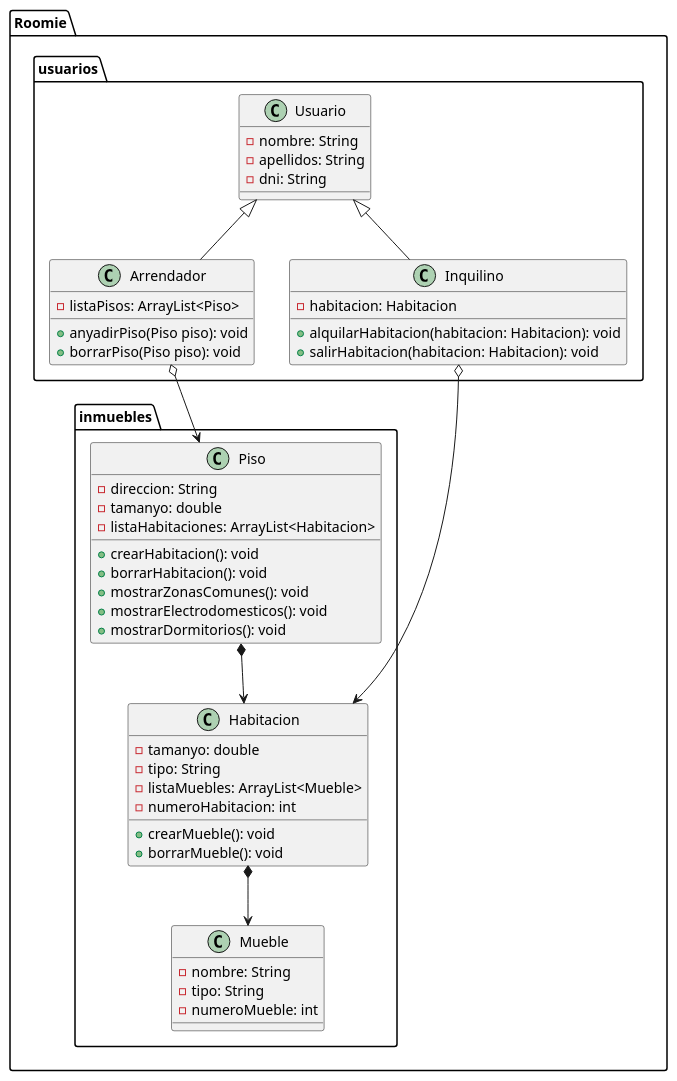
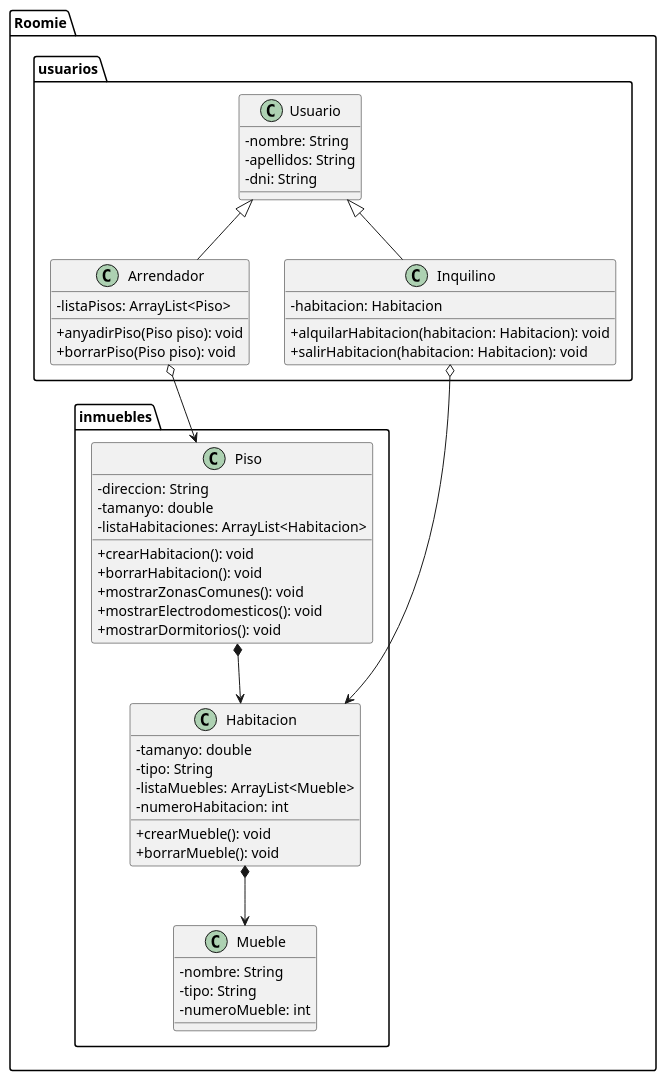
Before and after one commit to Smeagol-chan/Proyecto_Intermodular_1DAM: the diagram in Programacion/src/main/java/org/example/DiagramaDeClases.puml, drawn with PlantUML. The commit also changed 2 other files, not shown here.

Commit message:
Mostrar '+' y '-' en el diagrama de clases

```diff
--- a/Programacion/src/main/java/org/example/DiagramaDeClases.puml
+++ b/Programacion/src/main/java/org/example/DiagramaDeClases.puml
@@ -1,69 +1,71 @@
 @startuml
+ skinparam classAttributeIconSize 0
+
 package "Roomie"
 {
     package "usuarios"
     {
         Class Usuario
         {
             - nombre: String
             - apellidos: String
             - dni: String
         }
 
         Class Arrendador extends Usuario
         {
             - listaPisos: ArrayList<Piso>
 
             + anyadirPiso(Piso piso): void
             + borrarPiso(Piso piso): void
         }
 
         Class Inquilino extends Usuario
         {
             - habitacion: Habitacion
 
             + alquilarHabitacion(habitacion: Habitacion): void
             + salirHabitacion(habitacion: Habitacion): void
         }
     }
 
     package "inmuebles"
     {
         Class Habitacion
         {
             - tamanyo: double
             - tipo: String
             - listaMuebles: ArrayList<Mueble>
             - numeroHabitacion: int
 
             + crearMueble(): void
             + borrarMueble(): void
         }
 
         Class Mueble
         {
             - nombre: String
             - tipo: String
             - numeroMueble: int
         }
 
         Class Piso
         {
             - direccion: String
             - tamanyo: double
             - listaHabitaciones: ArrayList<Habitacion>
 
             + crearHabitacion(): void
             + borrarHabitacion(): void
             + mostrarZonasComunes(): void
             + mostrarElectrodomesticos(): void
             + mostrarDormitorios(): void
         }
     }
 
     Inquilino o--> Habitacion
     Habitacion *--> Mueble
     Arrendador o--> Piso
     Piso *--> Habitacion
 }
 @enduml
```
